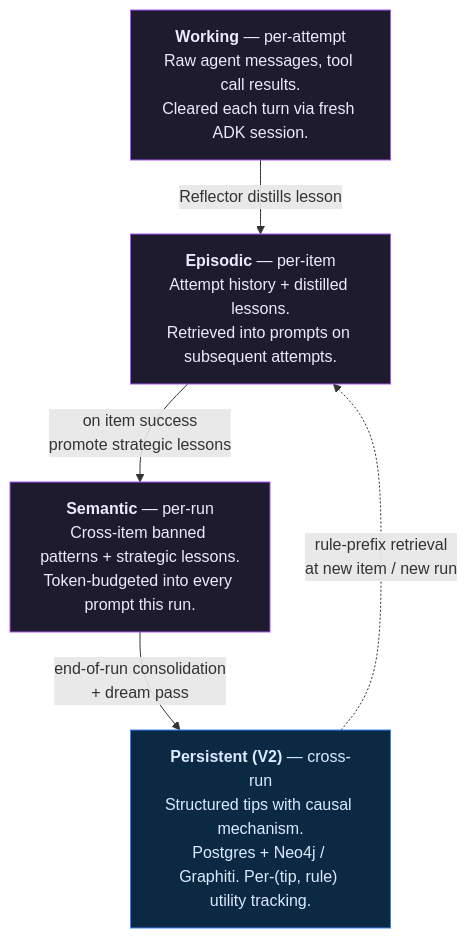
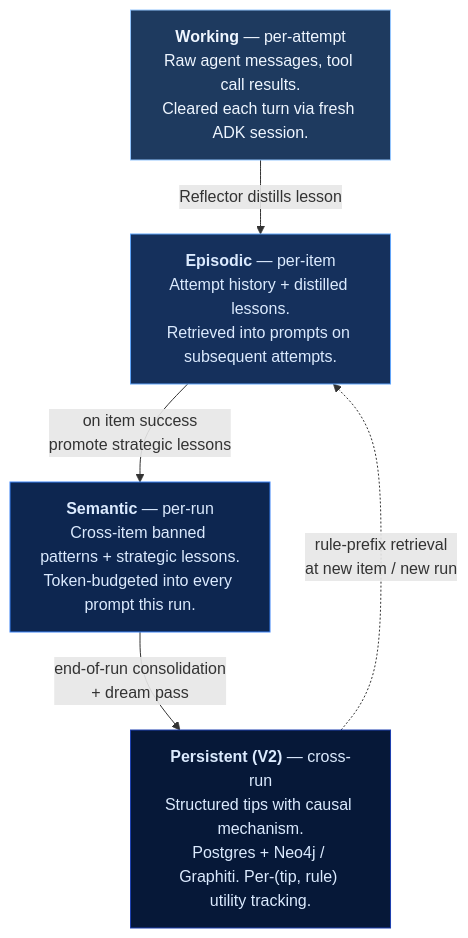
Before and after one commit to kenrollins/gemma-forge: the second of 2 diagrams in docs/journal/architecture/00-system-architecture.md, drawn with Mermaid.

Commit message:
docs(architecture): memory-tier diagram uses a blue depth-gradient
Each of the four memory tiers now has a distinct blue shade —
progressively darker as memory moves from ephemeral (Working,
palest) to permanent (Persistent, deepest). The gradient carries
the lifecycle story visually: lighter = soon to be cleared,
darker = sticks around.

Previously three tiers shared the same purple class with only
Persistent in blue, which made it look like the first three were
a group and Persistent was an outlier rather than the endpoint
of a progression. The gradient fixes that read.

Colors (all on the dark-site palette):
- Working   fill #1e3a5f / stroke #93C5FD (lightest)
- Episodic  fill #15305c / stroke #60A5FA
- Semantic  fill #0d2650 / stroke #3B82F6
- Persistent fill #061838 / stroke #1E40AF (deepest)

````diff
--- a/docs/journal/architecture/00-system-architecture.md
+++ b/docs/journal/architecture/00-system-architecture.md
@@ -192,17 +192,21 @@
 ```mermaid
 flowchart TD
     W["<b>Working</b> — per-attempt<br/>Raw agent messages, tool call results.<br/>Cleared each turn via fresh ADK session."]
     E["<b>Episodic</b> — per-item<br/>Attempt history + distilled lessons.<br/>Retrieved into prompts on subsequent attempts."]
     S["<b>Semantic</b> — per-run<br/>Cross-item banned patterns + strategic lessons.<br/>Token-budgeted into every prompt this run."]
     P["<b>Persistent (V2)</b> — cross-run<br/>Structured tips with causal mechanism.<br/>Postgres + Neo4j / Graphiti. Per-(tip, rule) utility tracking."]
 
     W -->|Reflector distills lesson| E
     E -->|on item success<br/>promote strategic lessons| S
     S -->|end-of-run consolidation<br/>+ dream pass| P
     P -.->|rule-prefix retrieval<br/>at new item / new run| E
 
-    classDef mem fill:#1f1b2e,stroke:#A855F7,color:#EDE9FE
-    classDef persist fill:#0b2942,stroke:#3B82F6,color:#DBEAFE
-    class W,E,S mem
-    class P persist
+    classDef working   fill:#1e3a5f,stroke:#93C5FD,color:#EFF6FF
+    classDef episodic  fill:#15305c,stroke:#60A5FA,color:#DBEAFE
+    classDef semantic  fill:#0d2650,stroke:#3B82F6,color:#DBEAFE
+    classDef persistent fill:#061838,stroke:#1E40AF,color:#DBEAFE
+    class W working
+    class E episodic
+    class S semantic
+    class P persistent
 ```
````
